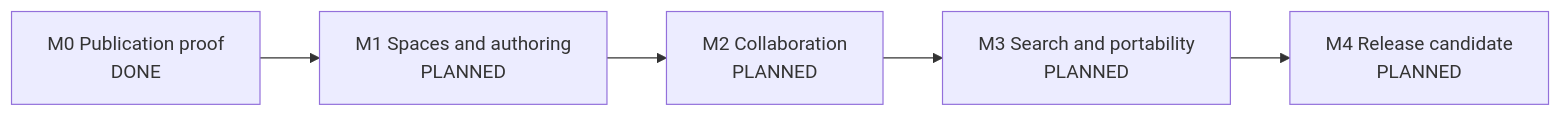
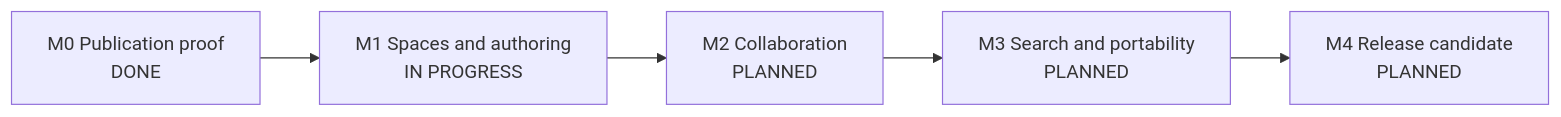
One commit to TJ-Engineer/ProjectWeave-Studio changed the diagram in vibe-confluence/DEVELOPMENT_STORYBOARD.md. Above: the diagram before and after it, drawn with Mermaid. The commit also changed other lines of this file and 6 other files, not shown here.

````diff
--- a/vibe-confluence/DEVELOPMENT_STORYBOARD.md
+++ b/vibe-confluence/DEVELOPMENT_STORYBOARD.md
@@ -42,7 +42,7 @@
 ```mermaid
 flowchart LR
-  M0["M0 Publication proof<br/>DONE"] --> M1["M1 Spaces and authoring<br/>PLANNED"]
+  M0["M0 Publication proof<br/>DONE"] --> M1["M1 Spaces and authoring<br/>IN PROGRESS"]
   M1 --> M2["M2 Collaboration<br/>PLANNED"]
   M2 --> M3["M3 Search and portability<br/>PLANNED"]
   M3 --> M4["M4 Release candidate<br/>PLANNED"]
 ```
````
